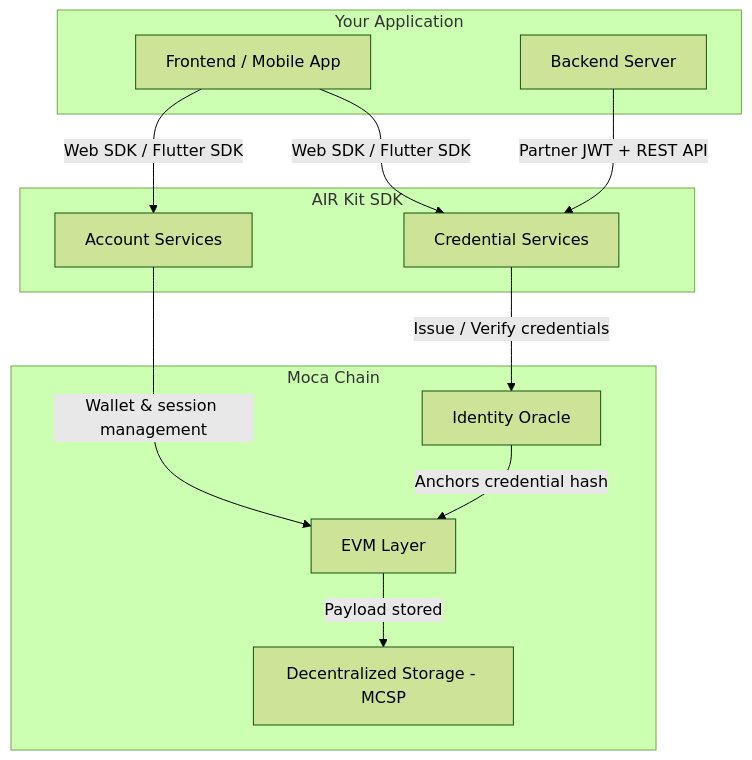
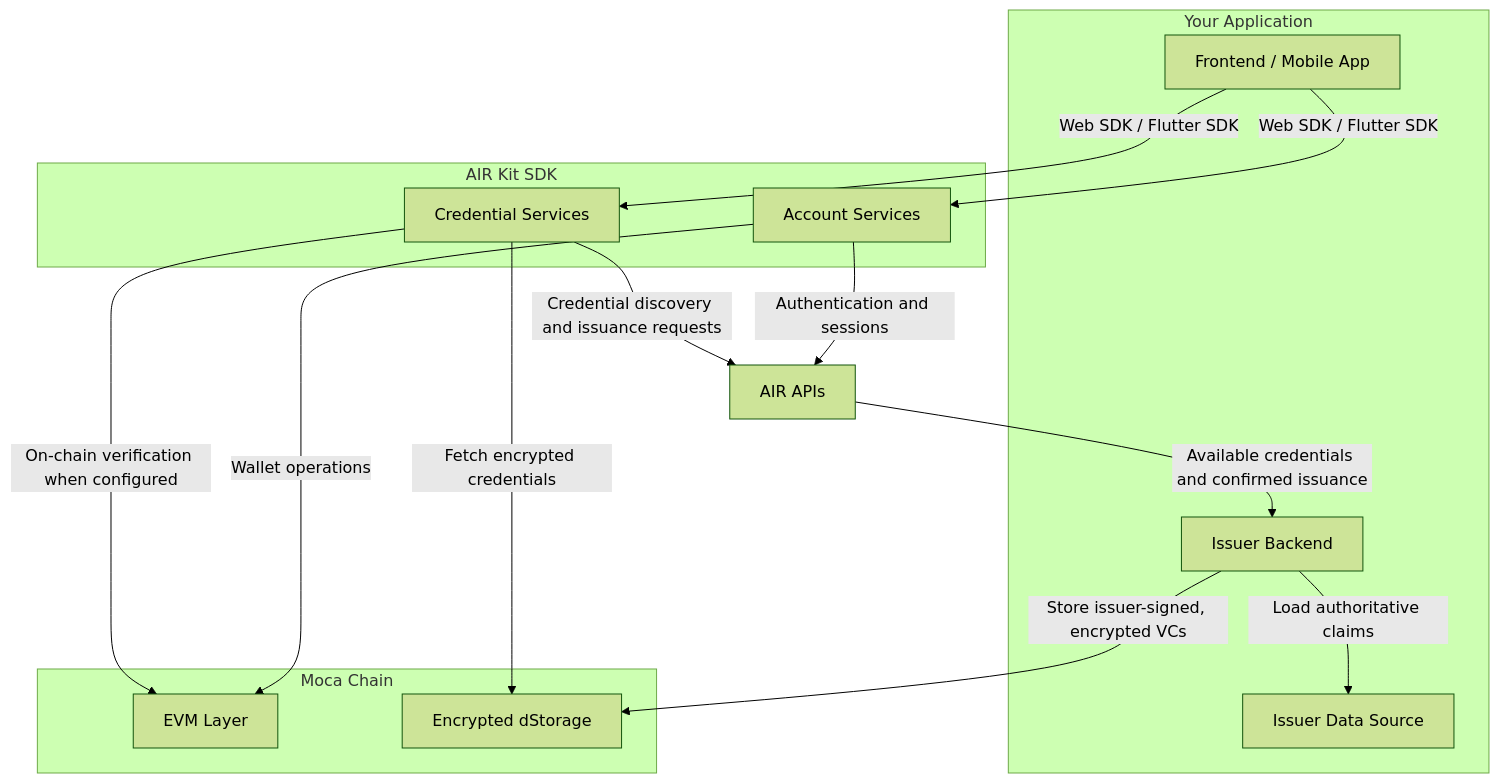
One commit to MocaNetwork/docs changed the first of 7 diagrams in airkit/guides/overview.mdx. Above: the diagram before and after it, drawn with Mermaid (forest theme). The commit also changed other lines of this file, not shown here.

Commit message:
Feat: Upgrade Airkit overview flow to meet latest updates

````diff
--- a/airkit/guides/overview.mdx
+++ b/airkit/guides/overview.mdx
@@ -10,26 +10,31 @@
 ```mermaid
 graph TD
     subgraph YourApp["Your Application"]
       A[Frontend / Mobile App]
-      B[Backend Server]
+      B[Issuer Backend]
+      DATA[Issuer Data Source]
     end
 
     subgraph SDK["AIR Kit SDK"]
       C[Account Services]
       D[Credential Services]
     end
 
+    API[AIR APIs]
+
     subgraph Chain["Moca Chain"]
-      E[Identity Oracle]
       F[EVM Layer]
-      G[Decentralized Storage - MCSP]
+      G[Encrypted dStorage]
     end
 
     A -->|Web SDK / Flutter SDK| C
     A -->|Web SDK / Flutter SDK| D
-    B -->|Partner JWT + REST API| D
-    C -->|Wallet & session management| F
-    D -->|Issue / Verify credentials| E
-    E -->|Anchors credential hash| F
-    F -->|Payload stored| G
+    C -->|Authentication and sessions| API
+    C -->|Wallet operations| F
+    D -->|Credential discovery and issuance requests| API
+    API -->|Available credentials and confirmed issuance| B
+    B -->|Load authoritative claims| DATA
+    B -->|Store issuer-signed, encrypted VCs| G
+    D -->|Fetch encrypted credentials| G
+    D -->|On-chain verification when configured| F
 ```
````
